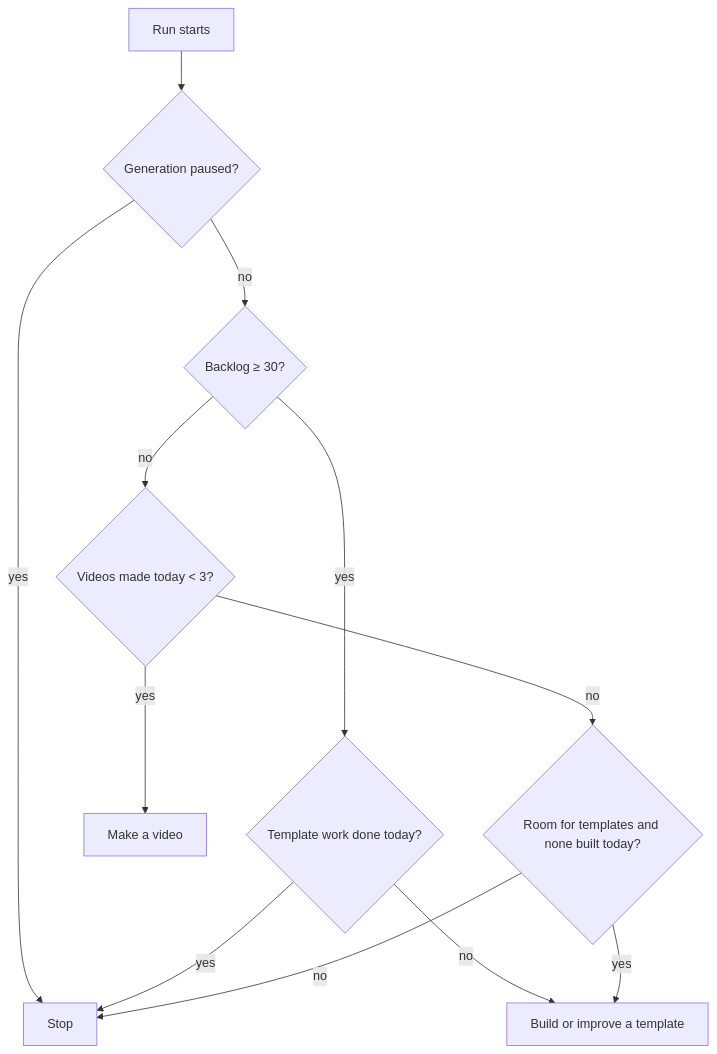
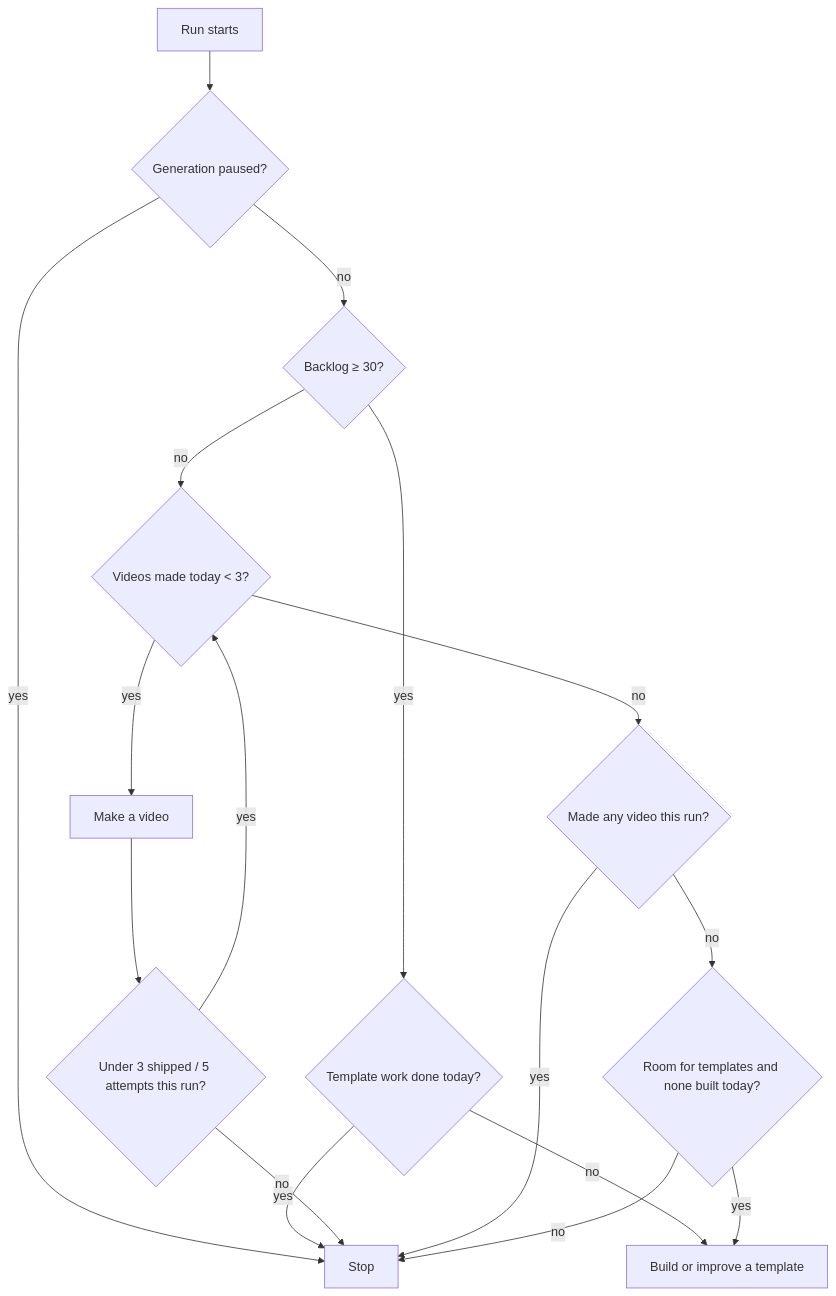
The diagram in docs/guide/03-a-day-in-the-life.md (n2chawra/finance-shorts-bot), drawn with Mermaid before and after one commit. The commit also changed other lines of this file and 23 other files, not shown here.

````diff
--- a/docs/guide/03-a-day-in-the-life.md
+++ b/docs/guide/03-a-day-in-the-life.md
@@ -41,14 +42,18 @@
 ```mermaid
 flowchart TD
     A[Run starts] --> B{Generation paused?}
     B -- yes --> Z[Stop]
     B -- no --> C{Backlog ≥ 30?}
     C -- yes --> T1{Template work done today?}
     T1 -- no --> TW[Build or improve a template]
     T1 -- yes --> Z
     C -- no --> D{Videos made today < 3?}
-    D -- yes --> V[Make a video]
-    D -- no --> T2{Room for templates and none built today?}
+    D -- yes --> V[Make a video] --> D2{Under 3 shipped / 5 attempts this run?}
+    D2 -- yes --> D
+    D2 -- no --> Z
+    D -- no --> M{Made any video this run?}
+    M -- yes --> Z
+    M -- no --> T2{Room for templates and none built today?}
     T2 -- yes --> TW
     T2 -- no --> Z
 ```
````
